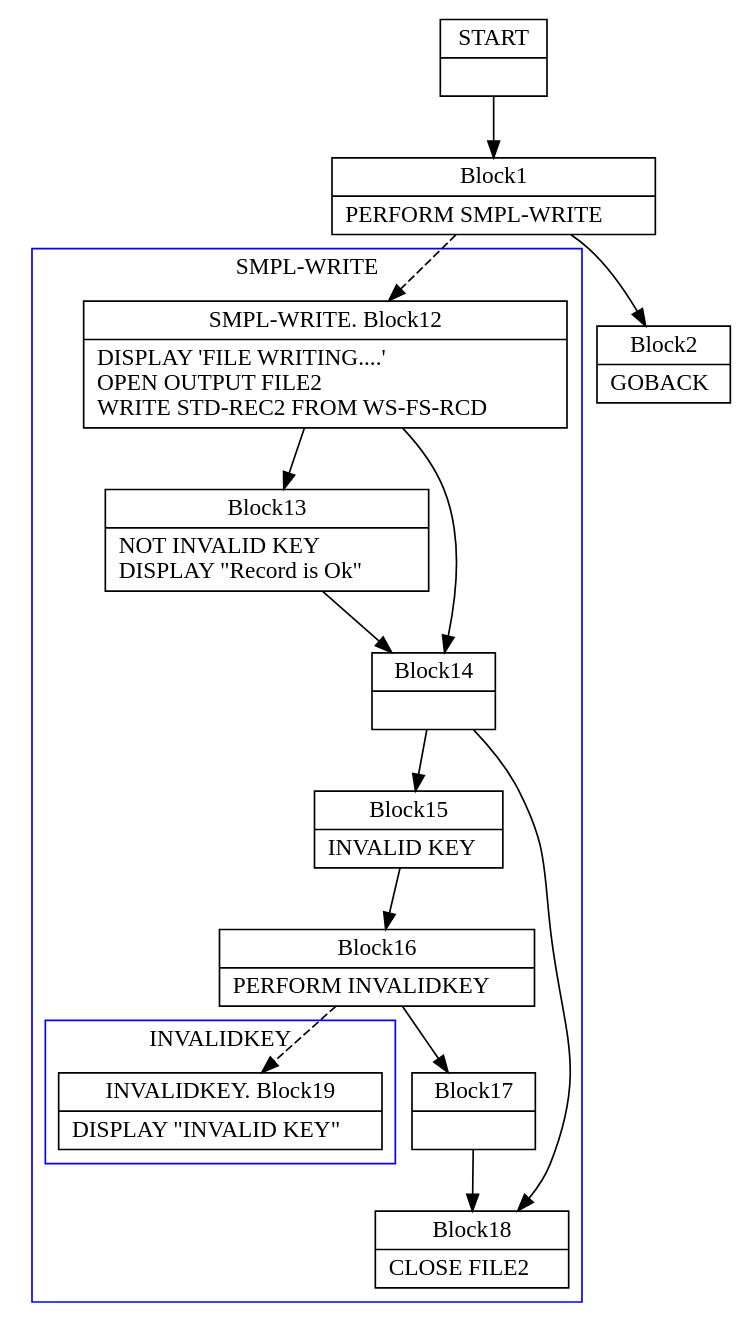
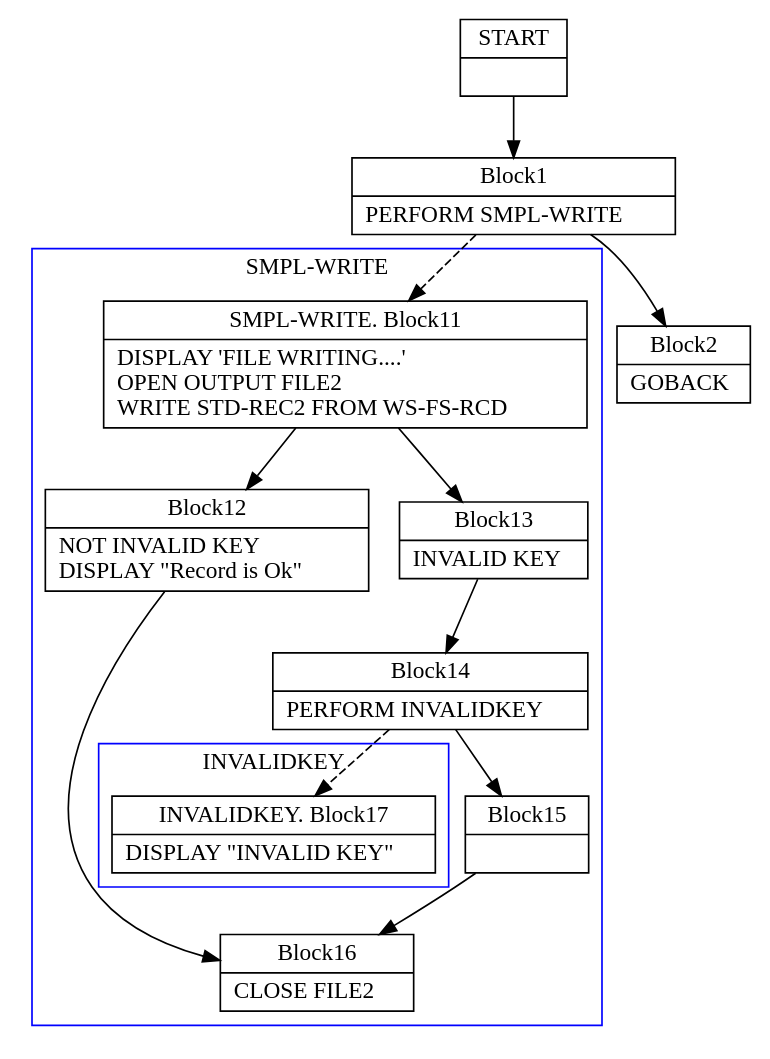
The diagram in TypeCobol.Analysis.Test/BasicCfgInstrs/Write0.dot (TypeCobolTeam/TypeCobol), drawn with Graphviz before and after one commit. The commit also changed 5 other files, not shown here.

```diff
--- a/TypeCobol.Analysis.Test/BasicCfgInstrs/Write0.dot
+++ b/TypeCobol.Analysis.Test/BasicCfgInstrs/Write0.dot
@@ -1,68 +1,63 @@
 digraph Cfg {
 compound=true;
 node [
 shape = "record"
 ]
 
 edge [
 arrowtail = "empty"
 ]
 Block0 [
 label = "{START|}"
 ]
 Block1 [
 label = "{Block1|    PERFORM SMPL-WRITE\l}"
 ]
 subgraph cluster_1{
 color = blue;
 label = "SMPL-WRITE";
+Block11 [
+label = "{SMPL-WRITE. Block11|    DISPLAY 'FILE WRITING....'\l    OPEN OUTPUT FILE2\l    WRITE STD-REC2 FROM WS-FS-RCD\l}"
+]
 Block12 [
-label = "{SMPL-WRITE. Block12|    DISPLAY 'FILE WRITING....'\l    OPEN OUTPUT FILE2\l    WRITE STD-REC2 FROM WS-FS-RCD\l}"
+label = "{Block12|    NOT INVALID KEY\l      DISPLAY \"Record is Ok\"\l}"
+]
+Block16 [
+label = "{Block16|    CLOSE FILE2\l}"
 ]
 Block13 [
-label = "{Block13|    NOT INVALID KEY\l      DISPLAY \"Record is Ok\"\l}"
+label = "{Block13|    INVALID KEY\l}"
 ]
 Block14 [
-label = "{Block14|}"
-]
-Block15 [
-label = "{Block15|    INVALID KEY\l}"
-]
-Block16 [
-label = "{Block16|      PERFORM INVALIDKEY\l}"
+label = "{Block14|      PERFORM INVALIDKEY\l}"
 ]
 subgraph cluster_2{
 color = blue;
 label = "INVALIDKEY";
-Block19 [
-label = "{INVALIDKEY. Block19|    DISPLAY \"INVALID KEY\"\l}"
+Block17 [
+label = "{INVALIDKEY. Block17|    DISPLAY \"INVALID KEY\"\l}"
 ]
 
 }
-Block16 -> Block19 [style=dashed]
+Block14 -> Block17 [style=dashed]
 
-Block17 [
-label = "{Block17|}"
+Block15 [
+label = "{Block15|}"
 ]
-Block18 [
-label = "{Block18|    CLOSE FILE2\l}"
-]
-Block12 -> Block13
-Block12 -> Block14
+Block11 -> Block12
+Block11 -> Block13
+Block12 -> Block16
 Block13 -> Block14
 Block14 -> Block15
-Block14 -> Block18
 Block15 -> Block16
-Block16 -> Block17
-Block17 -> Block18
 
 }
-Block1 -> Block12 [style=dashed]
+Block1 -> Block11 [style=dashed]
 
 Block2 [
 label = "{Block2|    GOBACK\l}"
 ]
 Block0 -> Block1
 Block1 -> Block2
 
 }
```
